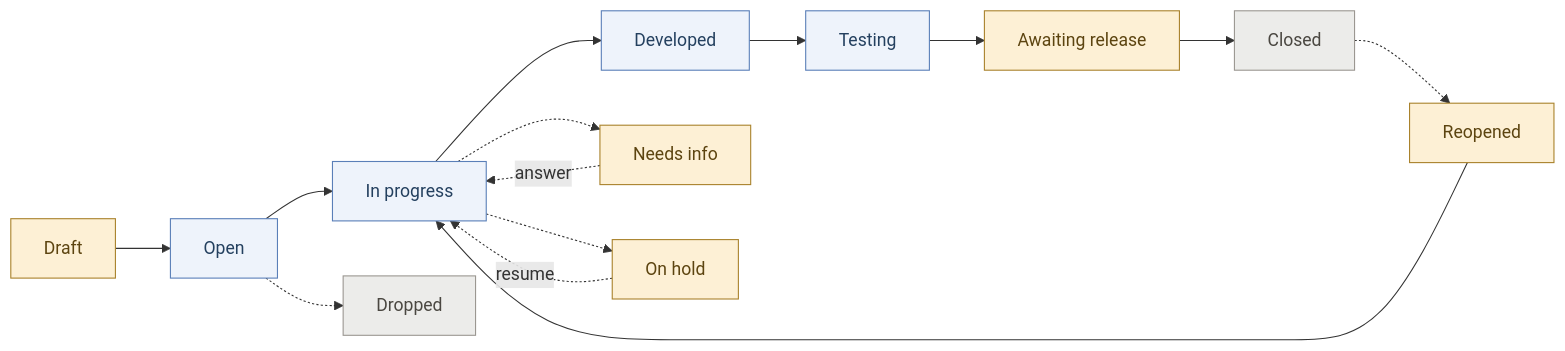
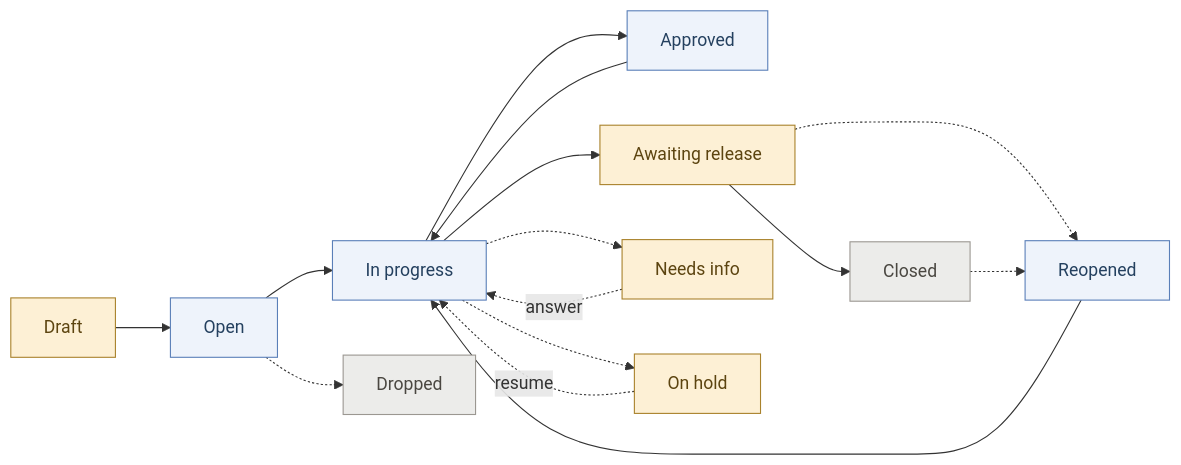
One commit to SidCorp-co/forge changed the diagram in packages/web-v2/content/help/issue-statuses.md. Above: the diagram before and after it, drawn with Mermaid. The commit also changed other lines of this file and 278 other files, not shown here.

````diff
--- a/packages/web-v2/content/help/issue-statuses.md
+++ b/packages/web-v2/content/help/issue-statuses.md
@@ -35,20 +34,21 @@
 ```mermaid
 flowchart LR
   draft[Draft]:::you --> open[Open]:::bot
   open --> prog[In progress]:::bot
-  prog --> dev[Developed]:::bot
-  dev --> test[Testing]:::bot
-  test --> gate[Awaiting release]:::you
+  prog --> appr[Approved]:::bot
+  appr --> prog
+  prog --> gate[Awaiting release]:::you
   gate --> closed[Closed]:::over
   prog -.-> info[Needs info]:::you
   info -.answer.-> prog
   prog -.-> hold[On hold]:::you
   hold -.resume.-> prog
-  closed -.-> re[Reopened]:::you
+  gate -.-> re[Reopened]:::bot
+  closed -.-> re
   re --> prog
   open -.-> drop[Dropped]:::over
 
   classDef you fill:#fdf0d5,stroke:#a9822c,color:#5c4410
   classDef bot fill:#eef3fb,stroke:#5a7fb8,color:#24405f
   classDef over fill:#ececea,stroke:#9b9791,color:#4a4741
 ```
````
